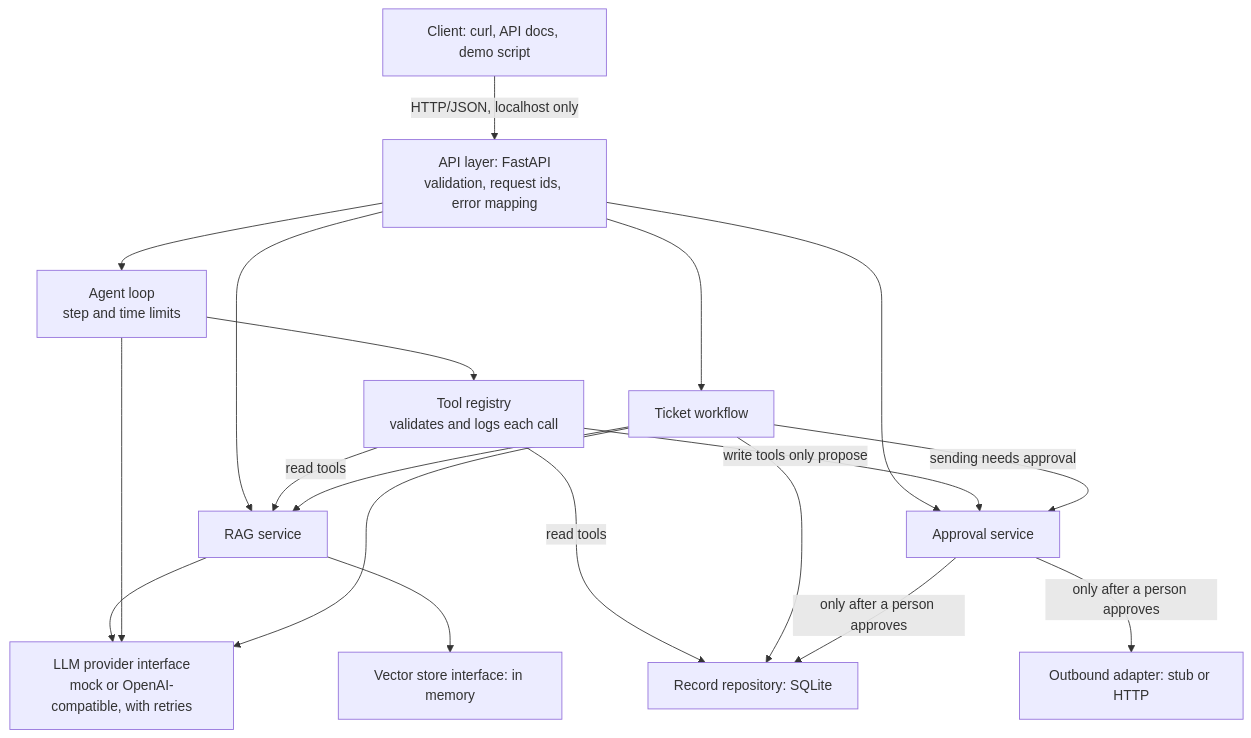
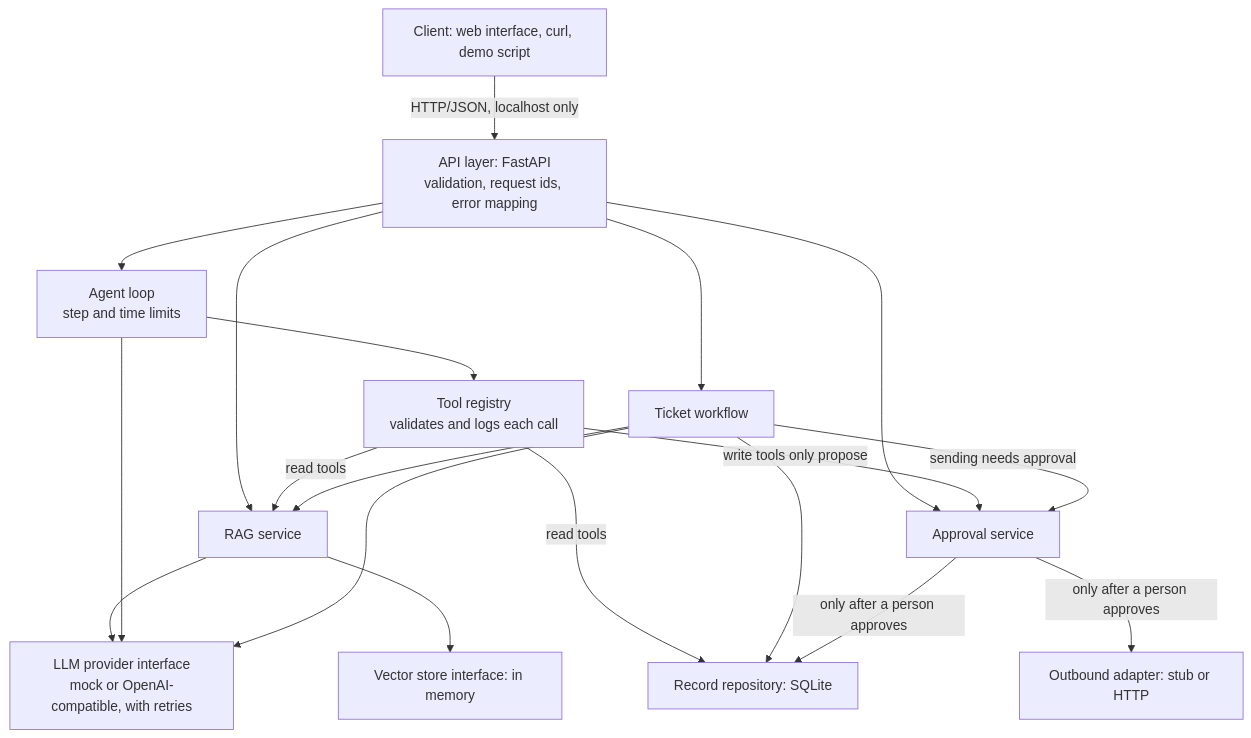
One commit to maeshataruna99-lgtm/core-ai-automation changed the first of 2 diagrams in README.md. Above: the diagram before and after it, drawn with Mermaid. The commit also changed other lines of this file and 22 other files, not shown here.

Commit message:
feat(frontend): add simple web interface and usage demo video

````diff
--- a/README.md
+++ b/README.md
@@ -77,21 +84,21 @@
 ```mermaid
 flowchart TD
-    client["Client: curl, API docs, demo script"] -->|"HTTP/JSON, localhost only"| api["API layer: FastAPI<br/>validation, request ids, error mapping"]
+    client["Client: web interface, curl, demo script"] -->|"HTTP/JSON, localhost only"| api["API layer: FastAPI<br/>validation, request ids, error mapping"]
     api --> rag["RAG service"]
     api --> agent["Agent loop<br/>step and time limits"]
     api --> workflow["Ticket workflow"]
     api --> approval["Approval service"]
     agent --> registry["Tool registry<br/>validates and logs each call"]
     registry -->|"read tools"| rag
     registry -->|"read tools"| records
     registry -->|"write tools only propose"| approval
     workflow --> rag
     workflow --> records
     workflow -->|"sending needs approval"| approval
     approval -->|"only after a person approves"| records["Record repository: SQLite"]
     approval -->|"only after a person approves"| outbound["Outbound adapter: stub or HTTP"]
     rag --> llm["LLM provider interface<br/>mock or OpenAI-compatible, with retries"]
     rag --> store["Vector store interface: in memory"]
     agent --> llm
     workflow --> llm
 ```
````
